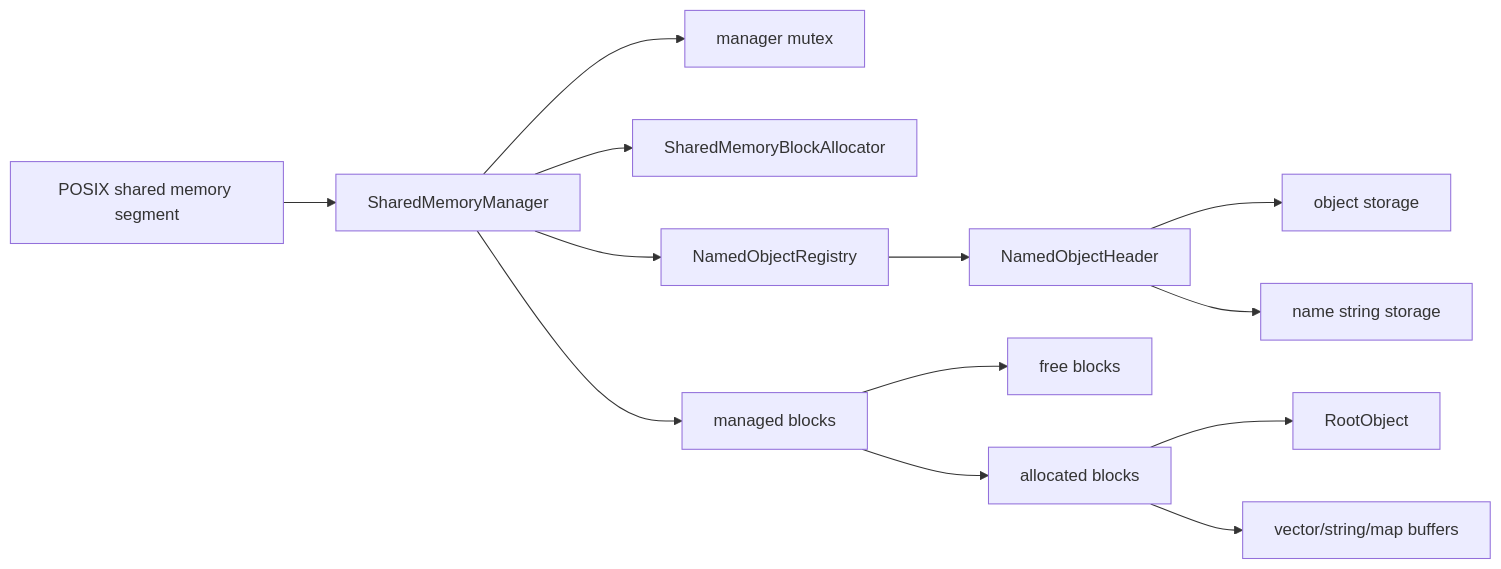
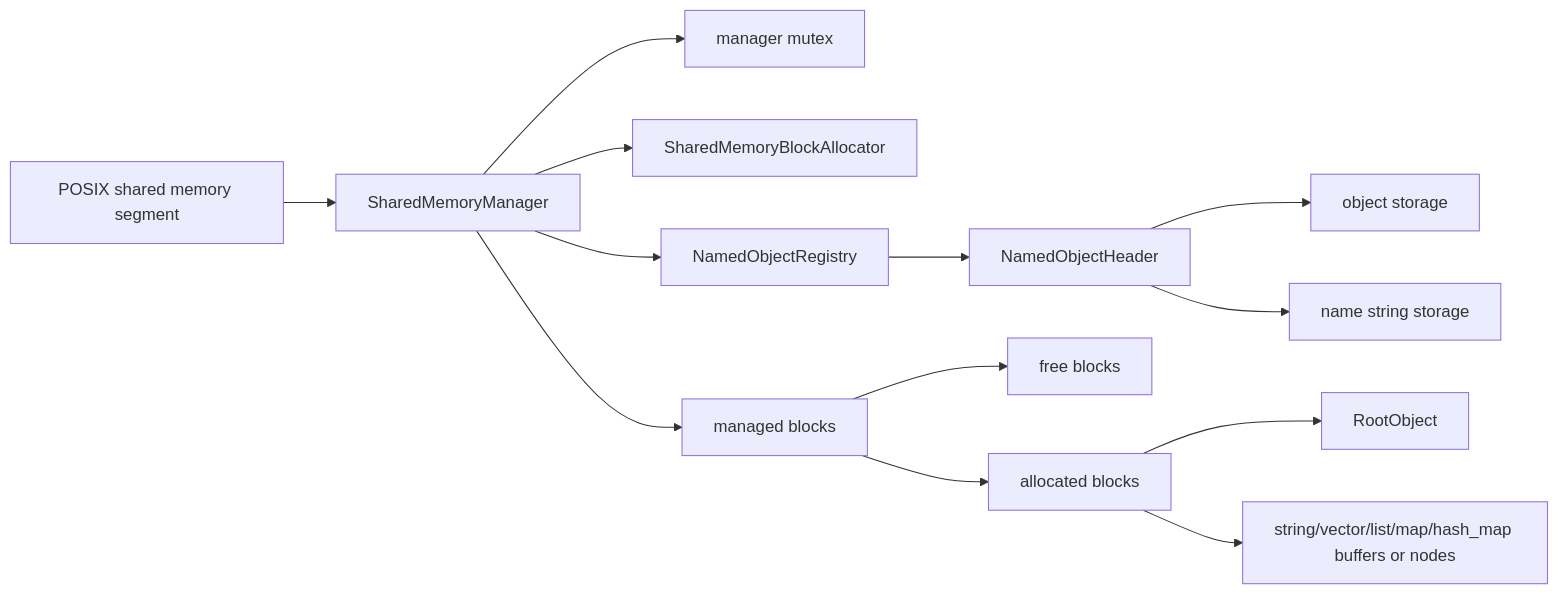
Before and after one commit to silencewings1/shm_next: the second of 12 diagrams in docs/design_for_beginners.md, drawn with Mermaid. The commit also changed other lines of this file and 1 other file, not shown here.

````diff
--- a/docs/design_for_beginners.md
+++ b/docs/design_for_beginners.md
@@ -116,17 +121,17 @@
 ```mermaid
 flowchart LR
     Segment["POSIX shared memory segment"] --> Header["SharedMemoryManager"]
     Header --> Mutex["manager mutex"]
     Header --> Allocator["SharedMemoryBlockAllocator"]
     Header --> Registry["NamedObjectRegistry"]
     Header --> Blocks["managed blocks"]
 
     Registry --> NameHeader["NamedObjectHeader"]
     NameHeader --> ObjectStorage["object storage"]
     NameHeader --> NameStorage["name string storage"]
 
     Blocks --> FreeBlocks["free blocks"]
     Blocks --> UsedBlocks["allocated blocks"]
     UsedBlocks --> Root["RootObject"]
-    UsedBlocks --> Buffer["vector/string/map buffers"]
+    UsedBlocks --> Buffer["string/vector/list/map/hash_map buffers or nodes"]
 ```
````
